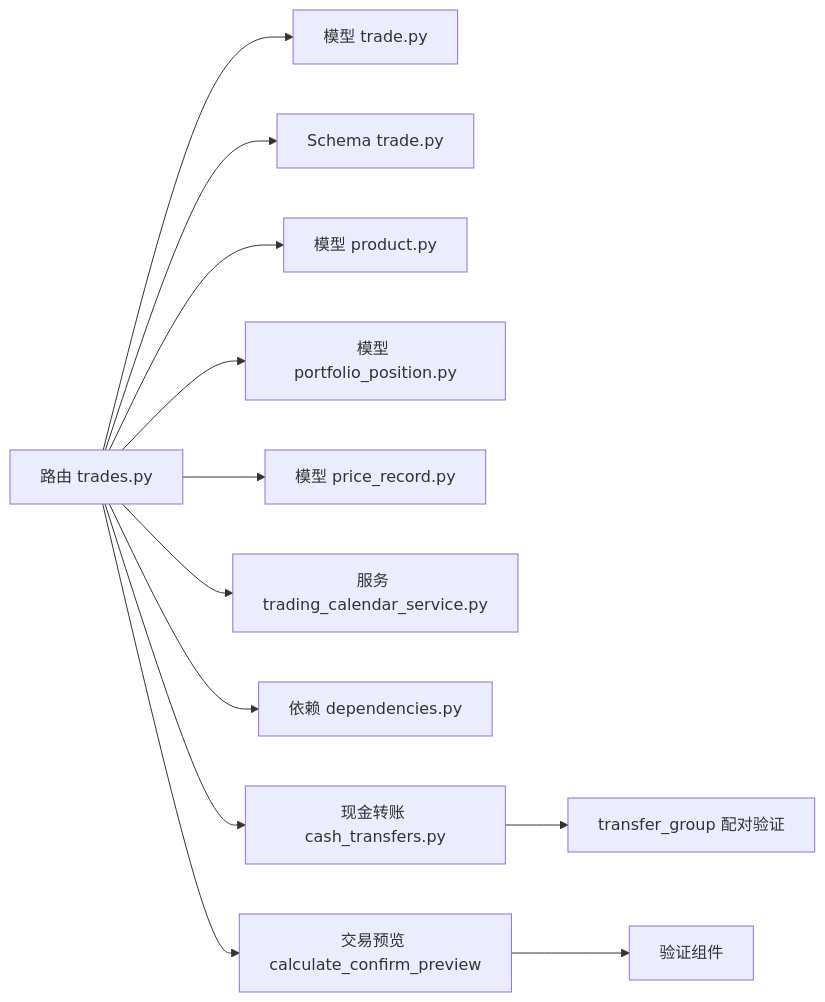
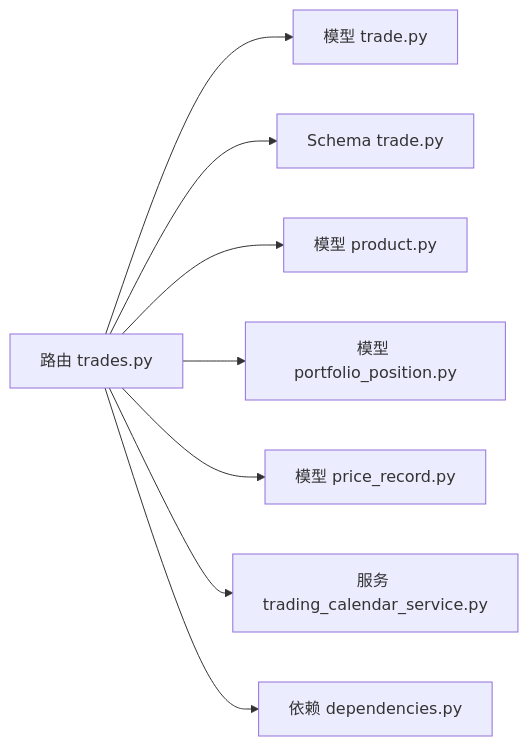
The fifth of 5 diagrams in .qoder/repowiki/zh/content/后端API文档/交易管理API.md (gujialind/InvestRing), drawn with Mermaid before and after one commit. The commit also changed other lines of this file and 65 other files, not shown here.

````diff
--- a/.qoder/repowiki/zh/content/后端API文档/交易管理API.md
+++ b/.qoder/repowiki/zh/content/后端API文档/交易管理API.md
@@ -441,14 +302,10 @@
 ```mermaid
 graph LR
 R["路由 trades.py"] --> M["模型 trade.py"]
 R --> S["Schema trade.py"]
 R --> P["模型 product.py"]
 R --> PP["模型 portfolio_position.py"]
 R --> PR["模型 price_record.py"]
 R --> SC["服务 trading_calendar_service.py"]
 R --> D["依赖 dependencies.py"]
-R --> CT["现金转账 cash_transfers.py"]
-R --> TP["交易预览 calculate_confirm_preview"]
-CT --> TG["transfer_group 配对验证"]
-TP --> VC["验证组件"]
 ```
````
